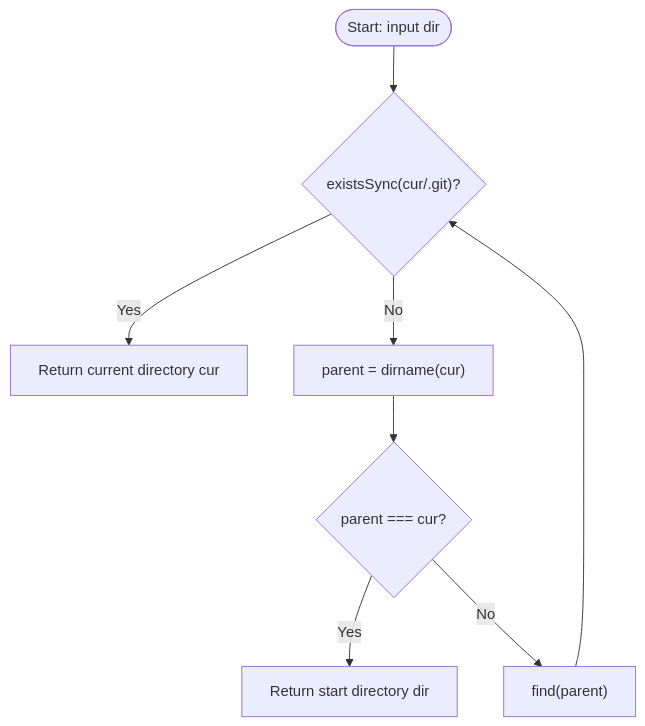
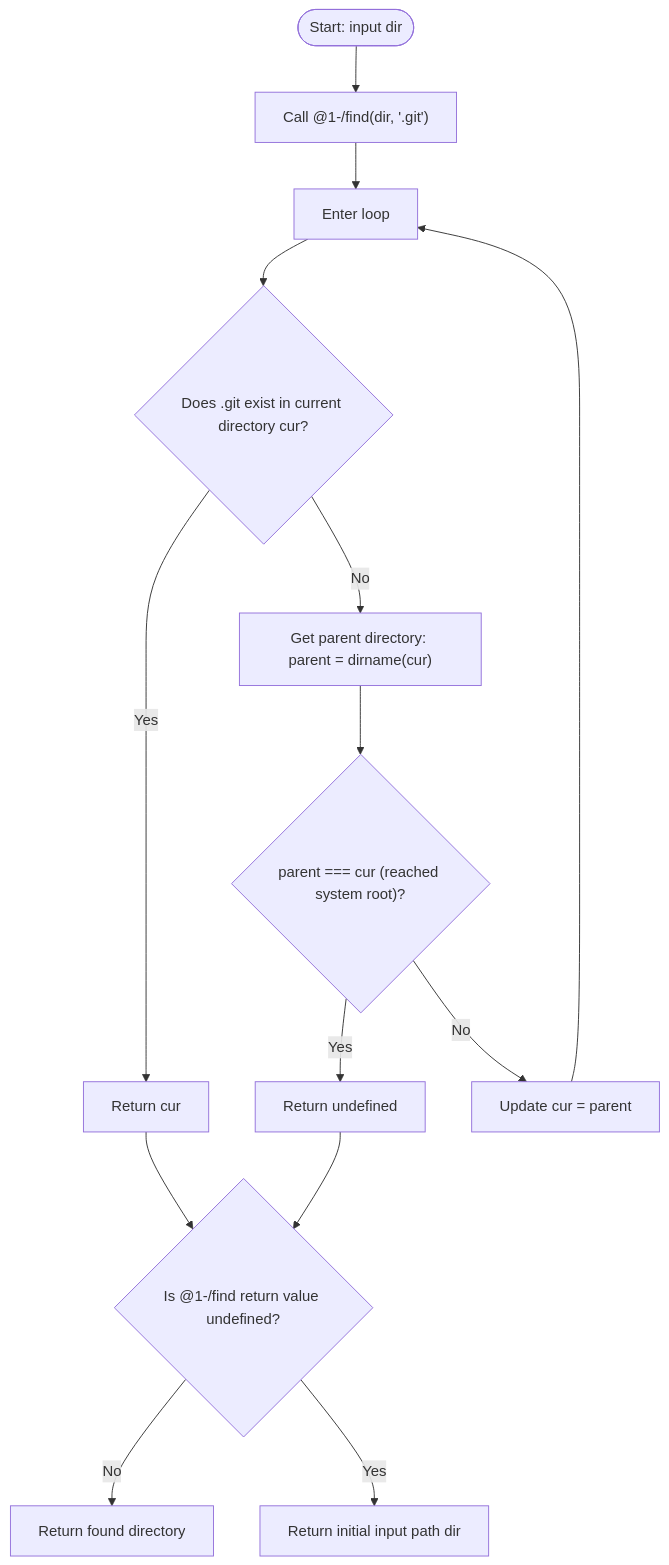
The diagram in findgit/readme/en/README.md (webc-site/npm), drawn with Mermaid before and after one commit. The commit also changed other lines of this file and 18 other files, not shown here.

````diff
--- a/findgit/readme/en/README.md
+++ b/findgit/readme/en/README.md
@@ -22,10 +23,16 @@
 ```mermaid
 graph TD
-    Start([Start: input dir]) --> CheckGit{"existsSync(cur/.git)?"}
-    CheckGit -- Yes --> ReturnCur[Return current directory cur]
-    CheckGit -- No --> ParentDir["parent = dirname(cur)"]
-    ParentDir --> CheckRoot{"parent === cur?"}
-    CheckRoot -- Yes --> ReturnStart[Return start directory dir]
-    CheckRoot -- No --> Recurse["find(parent)"]
-    Recurse --> CheckGit
+    Start([Start: input dir]) --> FindCall["Call @1-/find(dir, '.git')"]
+    FindCall --> Loop[Enter loop]
+    Loop --> CheckGit{"Does .git exist in current directory cur?"}
+    CheckGit -- Yes --> ReturnCur[Return cur]
+    CheckGit -- No --> ParentDir["Get parent directory: parent = dirname(cur)"]
+    ParentDir --> CheckRoot{"parent === cur (reached system root)?"}
+    CheckRoot -- Yes --> ReturnUndefined[Return undefined]
+    CheckRoot -- No --> UpdateCur["Update cur = parent"]
+    UpdateCur --> Loop
+    ReturnCur --> Coalesce{"Is @1-/find return value undefined?"}
+    ReturnUndefined --> Coalesce
+    Coalesce -- No --> ReturnVal[Return found directory]
+    Coalesce -- Yes --> ReturnInput[Return initial input path dir]
 ```
````
